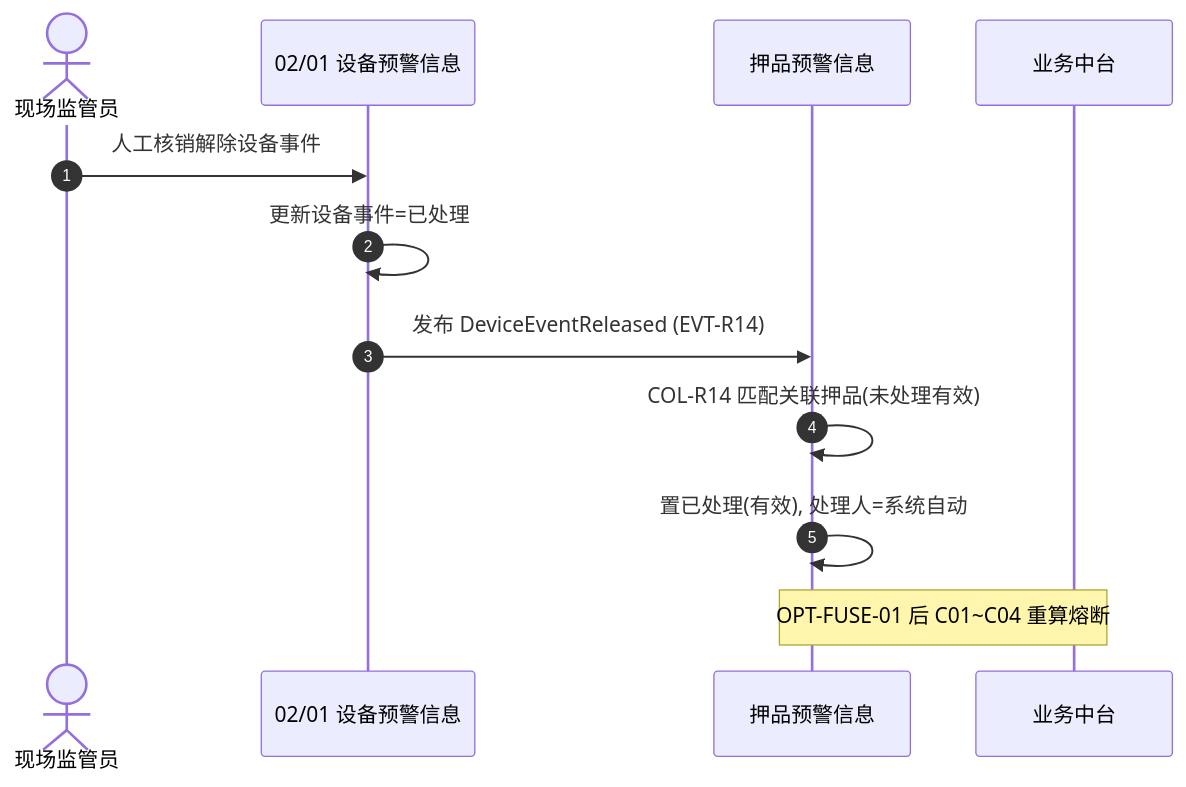
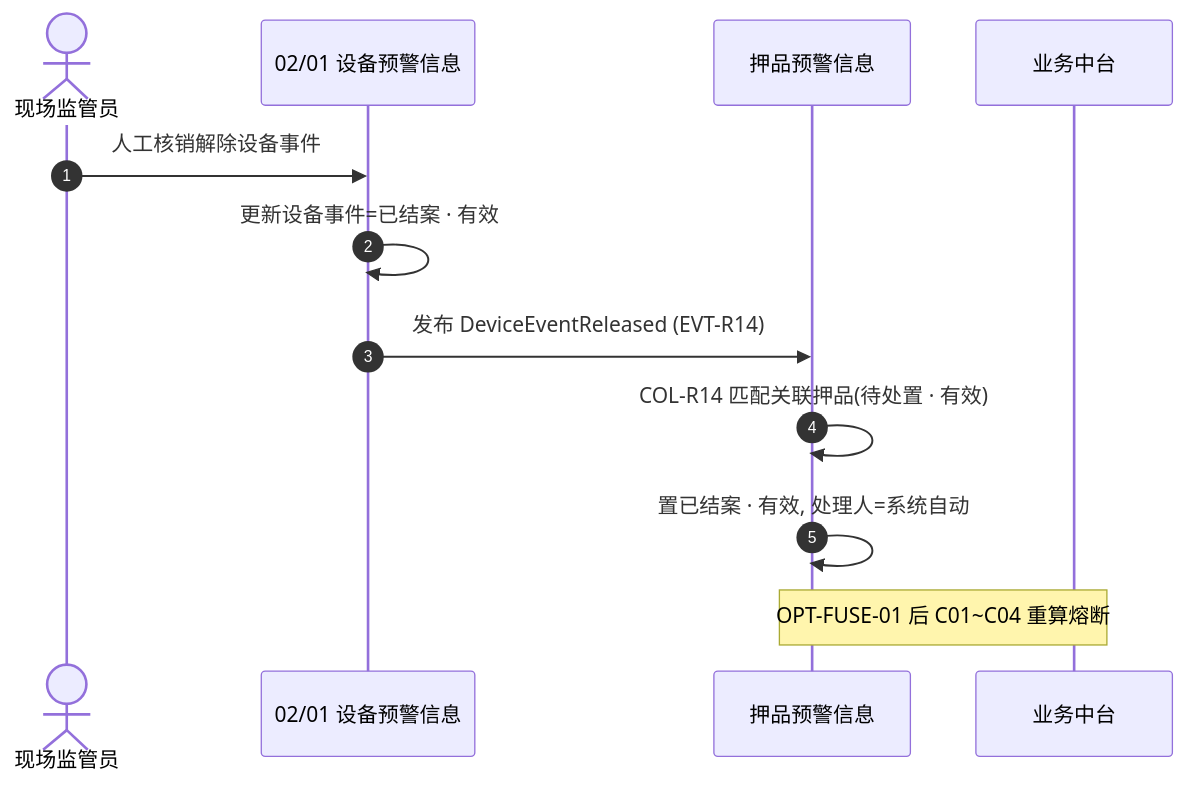
Before and after one commit to RobertHuang999/SYZC: the fifth of 7 diagrams in 02-PRD文档/B-迭代需求/6.2版本（2026.08）/02-预警信息/02押品预警信息/押品预警信息业务规则规格.md, drawn with Mermaid. The commit also changed other lines of this file and 76 other files, not shown here.

````diff
--- a/02-PRD文档/B-迭代需求/6.2版本（2026.08）/02-预警信息/02押品预警信息/押品预警信息业务规则规格.md
+++ b/02-PRD文档/B-迭代需求/6.2版本（2026.08）/02-预警信息/02押品预警信息/押品预警信息业务规则规格.md
@@ -378,15 +378,15 @@
 ```mermaid
 sequenceDiagram
     autonumber
     actor User as 现场监管员
     participant DEV as 02/01 设备预警信息
     participant COL as 押品预警信息
     participant BIZ as 业务中台
 
     User->>DEV: 人工核销解除设备事件
-    DEV->>DEV: 更新设备事件=已处理
+    DEV->>DEV: 更新设备事件=已结案 · 有效
     DEV->>COL: 发布 DeviceEventReleased (EVT-R14)
-    COL->>COL: COL-R14 匹配关联押品(未处理有效)
-    COL->>COL: 置已处理(有效), 处理人=系统自动
+    COL->>COL: COL-R14 匹配关联押品(待处置 · 有效)
+    COL->>COL: 置已结案 · 有效, 处理人=系统自动
     Note over COL,BIZ: OPT-FUSE-01 后 C01~C04 重算熔断
 ```
````
